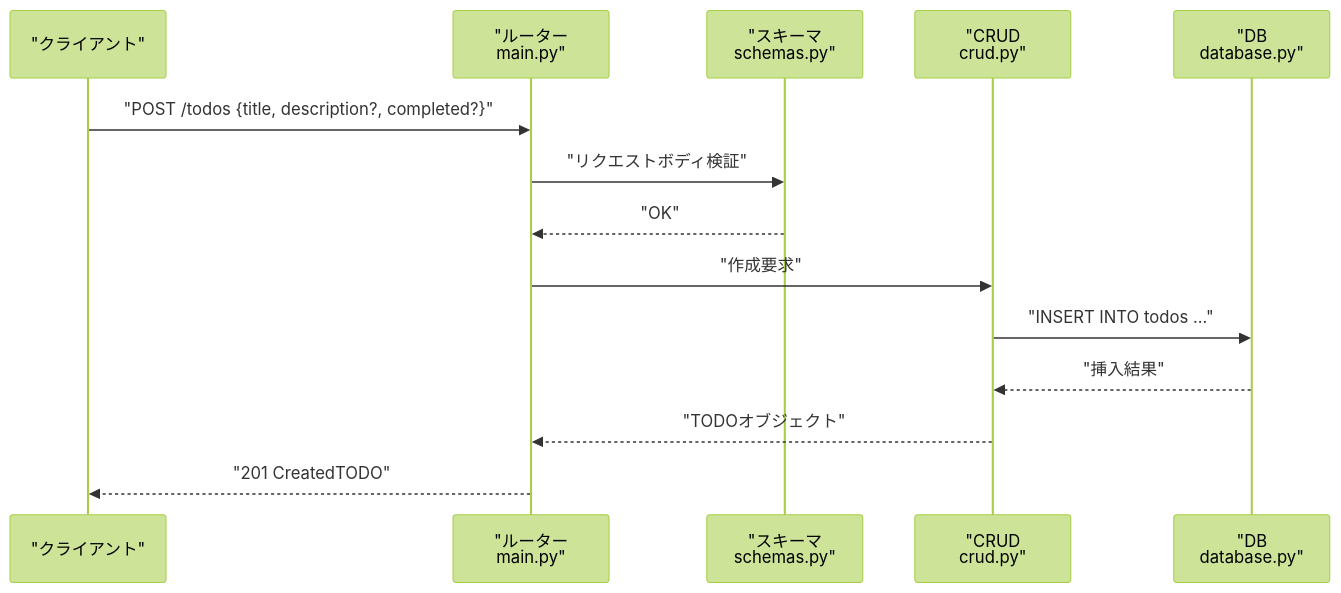
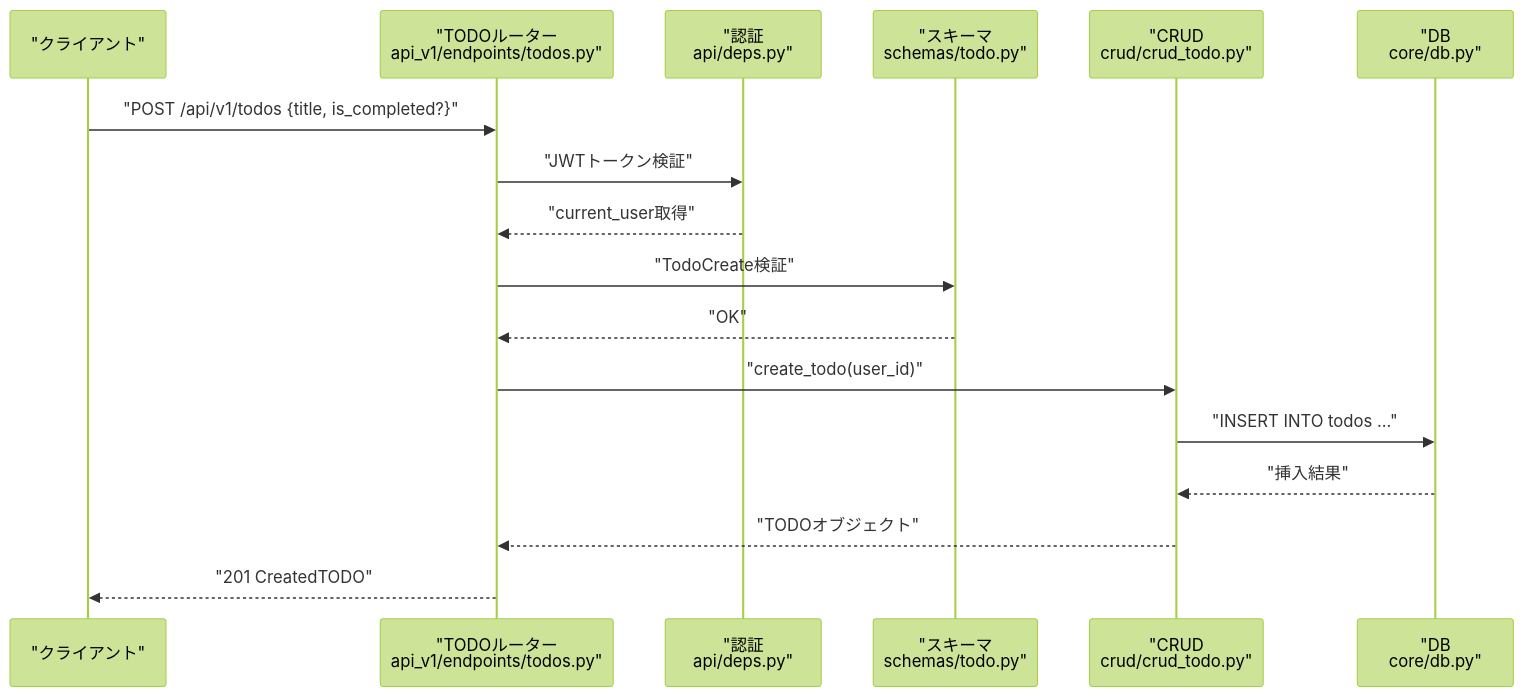
Before and after one commit to ss8806/Todos: the fourth of 7 diagrams in .qoder/repowiki/ja/content/APIリファレンス/TODO管理API.md, drawn with Mermaid (forest theme). The commit also changed other lines of this file and 6 other files, not shown here.

````diff
--- a/.qoder/repowiki/ja/content/APIリファレンス/TODO管理API.md
+++ b/.qoder/repowiki/ja/content/APIリファレンス/TODO管理API.md
@@ -193,16 +227,19 @@
 ```mermaid
 sequenceDiagram
 participant C as "クライアント"
-participant R as "ルーター<br/>main.py"
-participant V as "スキーマ<br/>schemas.py"
-participant U as "CRUD<br/>crud.py"
-participant D as "DB<br/>database.py"
-C->>R : "POST /todos {title, description?, completed?}"
-R->>V : "リクエストボディ検証"
+participant R as "TODOルーター<br/>api_v1/endpoints/todos.py"
+participant A as "認証<br/>api/deps.py"
+participant V as "スキーマ<br/>schemas/todo.py"
+participant U as "CRUD<br/>crud/crud_todo.py"
+participant D as "DB<br/>core/db.py"
+C->>R : "POST /api/v1/todos {title, is_completed?}"
+R->>A : "JWTトークン検証"
+A-->>R : "current_user取得"
+R->>V : "TodoCreate検証"
 V-->>R : "OK"
-R->>U : "作成要求"
+R->>U : "create_todo(user_id)"
 U->>D : "INSERT INTO todos ..."
 D-->>U : "挿入結果"
 U-->>R : "TODOオブジェクト"
 R-->>C : "201 CreatedTODO"
 ```
````
